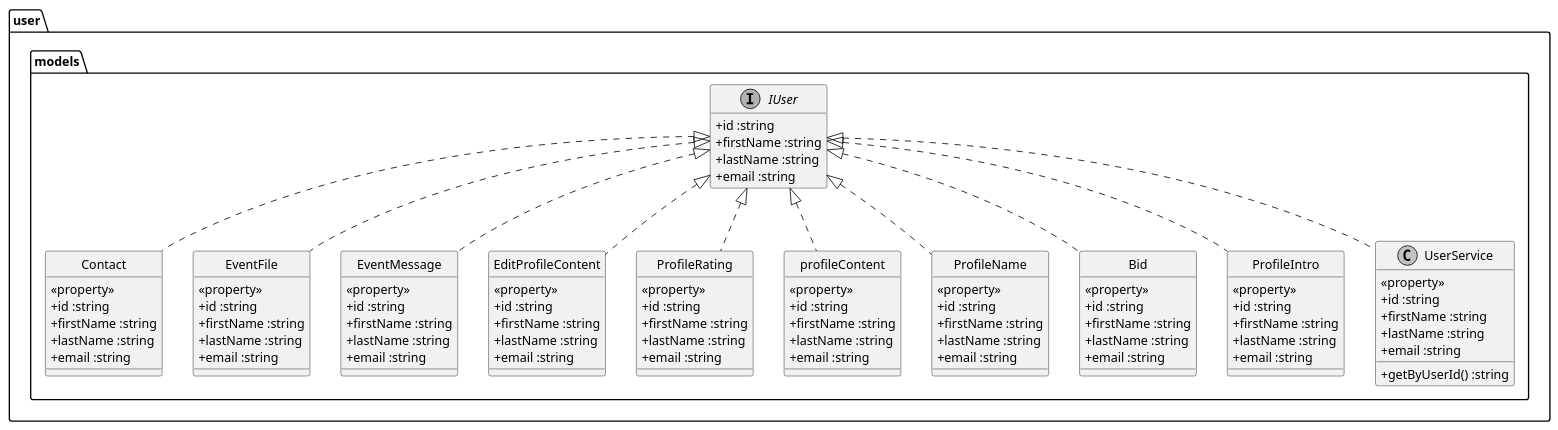
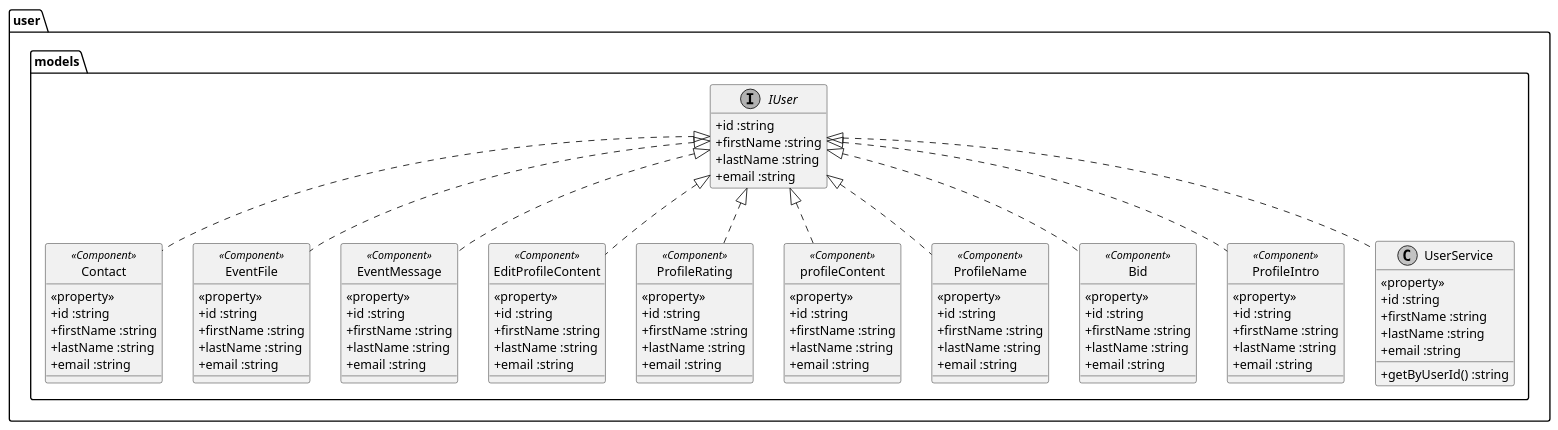
Before and after one commit to converge-app/software-design: the diagram in diagrams/src/software-design/class-model-diagrams/user.models.pu, drawn with PlantUML. The commit also changed 18 other files, not shown here.

Commit message:
added service diagrams

```diff
--- a/diagrams/src/software-design/class-model-diagrams/user.models.pu
+++ b/diagrams/src/software-design/class-model-diagrams/user.models.pu
@@ -1,122 +1,124 @@
 @startuml
 
  skinparam monochrome true
  skinparam classAttributeIconSize 0
  top to bottom direction
 package "user.models"{
   
   interface "IUser" {
     + id :string
     + firstName :string
     + lastName :string
     + email :string
     
   }
   hide IUser  methods
 
-class "Contact" {
+class "Contact" <<Component>>{
   <<property>>
     + id :string
     + firstName :string
     + lastName :string
     + email :string
+   
+
 }
    hide Contact  circle
 
-class "EventFile" {
+class "EventFile" <<Component>>{
   <<property>>
     + id :string
     + firstName :string
     + lastName :string
     + email :string
 }
    hide EventFile  circle
   
-class "EventMessage" {
+class "EventMessage" <<Component>>{
   <<property>>
     + id :string
     + firstName :string
     + lastName :string
     + email :string
 }
    hide EventMessage  circle
   
-class "EditProfileContent" {
+class "EditProfileContent" <<Component>>{
   <<property>>
     + id :string
     + firstName :string
     + lastName :string
     + email :string
 }
    hide EditProfileContent  circle
   
-class "ProfileRating" {
+class "ProfileRating" <<Component>>{
   <<property>>
     + id :string
     + firstName :string
     + lastName :string
     + email :string
 }
    hide ProfileRating  circle  
  
-class "profileContent" {
+class "profileContent" <<Component>>{
   <<property>>
     + id :string
     + firstName :string
     + lastName :string
     + email :string
 }
    hide profileContent  circle  
   
-class "ProfileName" {
+class "ProfileName" <<Component>>{
   <<property>>
     + id :string
     + firstName :string
     + lastName :string
     + email :string
 }
    hide ProfileName  circle  
 
-class "Bid" {
+class "Bid" <<Component>>{
   <<property>>
     + id :string
     + firstName :string
     + lastName :string
     + email :string
 }
    hide Bid  circle  
   
-class "ProfileIntro" {
+class "ProfileIntro" <<Component>>{
   <<property>>
     + id :string
     + firstName :string
     + lastName :string
     + email :string
 }
    hide ProfileIntro  circle  
   
 class "UserService" {
   + getByUserId() :string
   <<property>>
     + id :string
     + firstName :string
     + lastName :string
     + email :string
 }
  
   IUser <|.. Contact 
   IUser <|.. EventFile
   IUser <|.. EventMessage 
   IUser <|.. EditProfileContent
   IUser <|.. ProfileRating 
   IUser <|.. profileContent
   IUser <|.. ProfileName 
   IUser <|.. Bid
   IUser <|.. ProfileIntro 
   IUser <|.. UserService
   
   
 }
 
 
 @enduml
```
